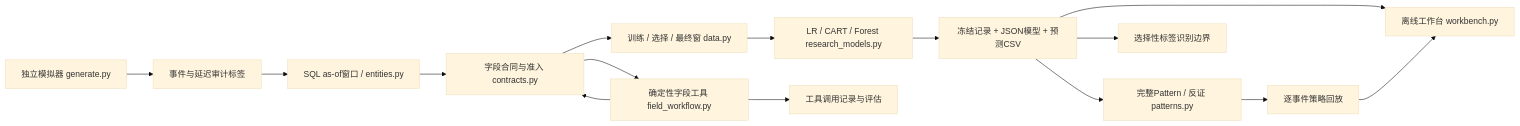
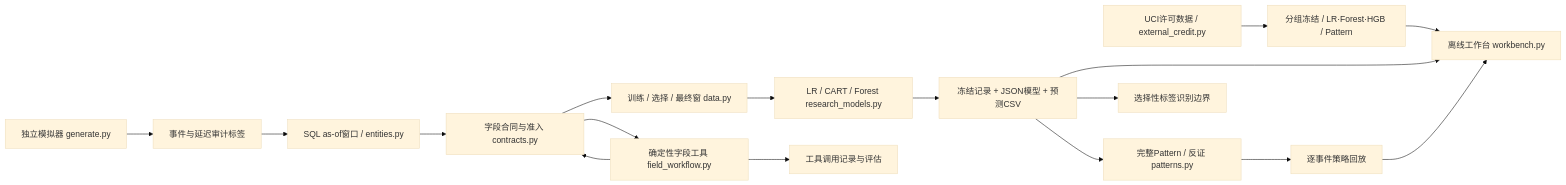
One commit to ArchimeDAs0612/archimeda-risk-lab changed the diagram in README.md. Above: the diagram before and after it, drawn with Mermaid (base theme). The commit also changed other lines of this file and 36 other files, not shown here.

Commit message:
Add external credit evidence, selective-label fitting and incremental governance

````diff
--- a/README.md
+++ b/README.md
@@ -50,17 +60,19 @@
 ```mermaid
 flowchart LR
+    U[UCI许可数据 / external_credit.py] --> V[分组冻结 / LR·Forest·HGB / Pattern]
+    V --> L
     A[独立模拟器 generate.py] --> B[事件与延迟审计标签]
     B --> C[SQL as-of窗口 / entities.py]
     C --> D[字段合同与准入 contracts.py]
     D --> E[训练 / 选择 / 最终窗 data.py]
     E --> F[LR / CART / Forest research_models.py]
     F --> G[冻结记录 + JSON模型 + 预测CSV]
     G --> H[完整Pattern / 反证 patterns.py]
     H --> I[逐事件策略回放]
     G --> J[选择性标签识别边界]
     D --> K[确定性字段工具 field_workflow.py]
     K --> D
     G --> L[离线工作台 workbench.py]
     I --> L
     K --> M[工具调用记录与评估]
 ```
````
